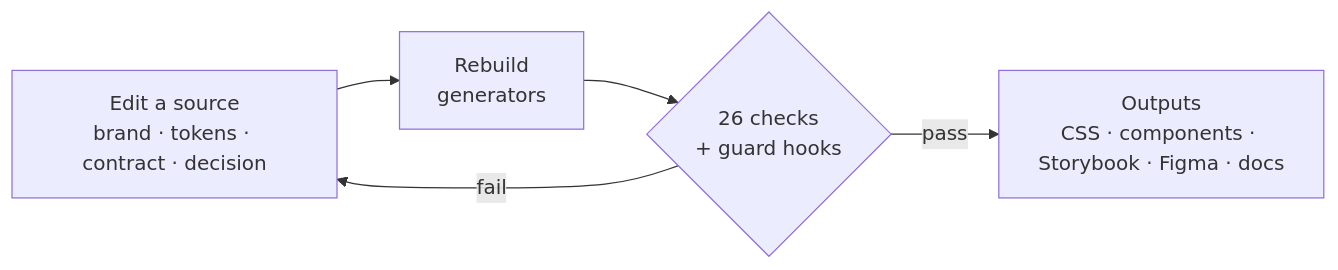
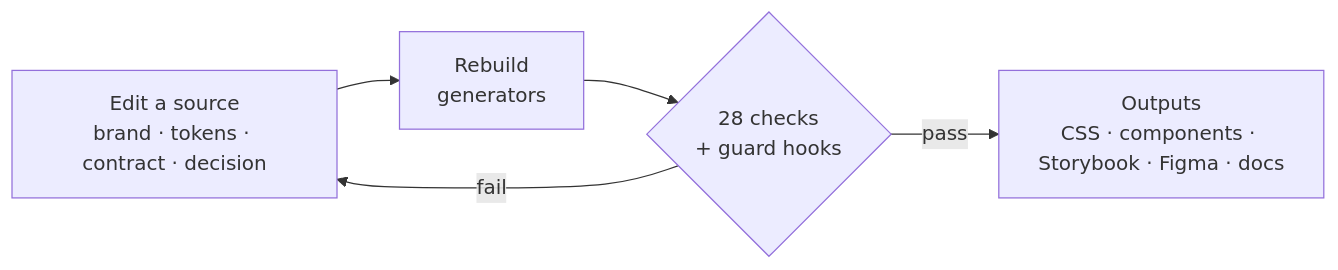
Before and after one commit to Davecelot/sketchbook: the diagram in README.md, drawn with Mermaid. The commit also changed other lines of this file and 175 other files, not shown here.

````diff
--- a/README.md
+++ b/README.md
@@ -68,7 +68,7 @@
 ```mermaid
 flowchart LR
   S["Edit a source<br/>brand · tokens · contract · decision"] --> G["Rebuild<br/>generators"]
-  G --> K{"26 checks<br/>+ guard hooks"}
+  G --> K{"28 checks<br/>+ guard hooks"}
   K -- fail --> S
   K -- pass --> O["Outputs<br/>CSS · components · Storybook · Figma · docs"]
 ```
````
